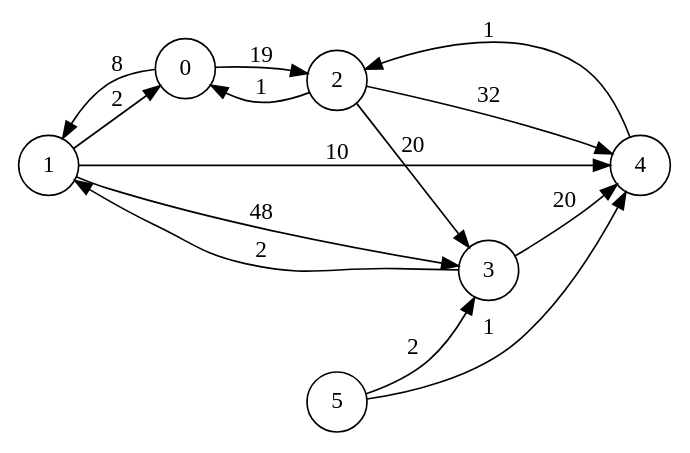
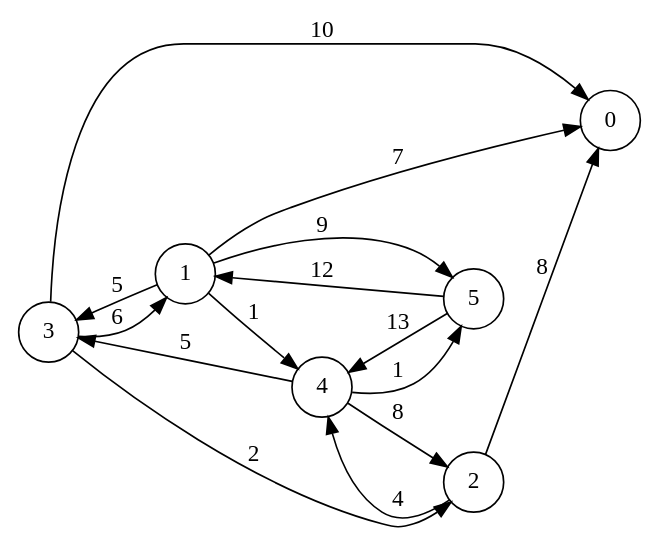
One commit to scanim-valentin/functional-programming-project changed the diagram in solved.dot. Above: the diagram before and after it, drawn with Graphviz. The commit also changed 33 other files, not shown here.

```diff
--- a/solved.dot
+++ b/solved.dot
@@ -1,18 +1,19 @@
 digraph my_graph {
     rankdir=LR;
     size="8,5"
     node [shape = circle];
-    1 -> 0 [label="2"];
-    1 -> 3 [label="48"];
-    1 -> 4 [label="10"];
-    0 -> 1 [label="8"];
-    0 -> 2 [label="19"];
-    3 -> 1 [label="2"];
-    3 -> 4 [label="20"];
-    5 -> 3 [label="2"];
-    5 -> 4 [label="1"];
-    4 -> 2 [label="1"];
-    2 -> 3 [label="20"];
-    2 -> 4 [label="32"];
-    2 -> 0 [label="1"];
+    3 -> 0 [label="10"];
+    3 -> 1 [label="6"];
+    3 -> 2 [label="2"];
+    1 -> 3 [label="5"];
+    1 -> 5 [label="9"];
+    1 -> 0 [label="7"];
+    1 -> 4 [label="1"];
+    5 -> 1 [label="12"];
+    5 -> 4 [label="13"];
+    2 -> 4 [label="4"];
+    2 -> 0 [label="8"];
+    4 -> 2 [label="8"];
+    4 -> 5 [label="1"];
+    4 -> 3 [label="5"];
 }
```
